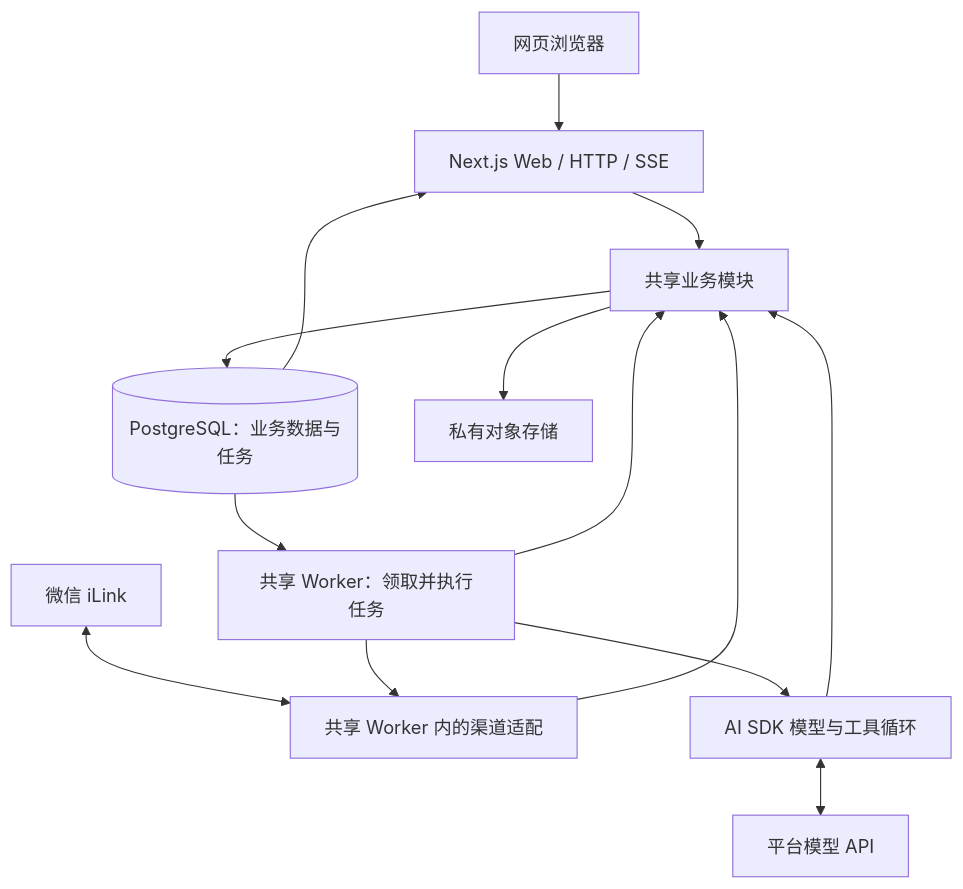
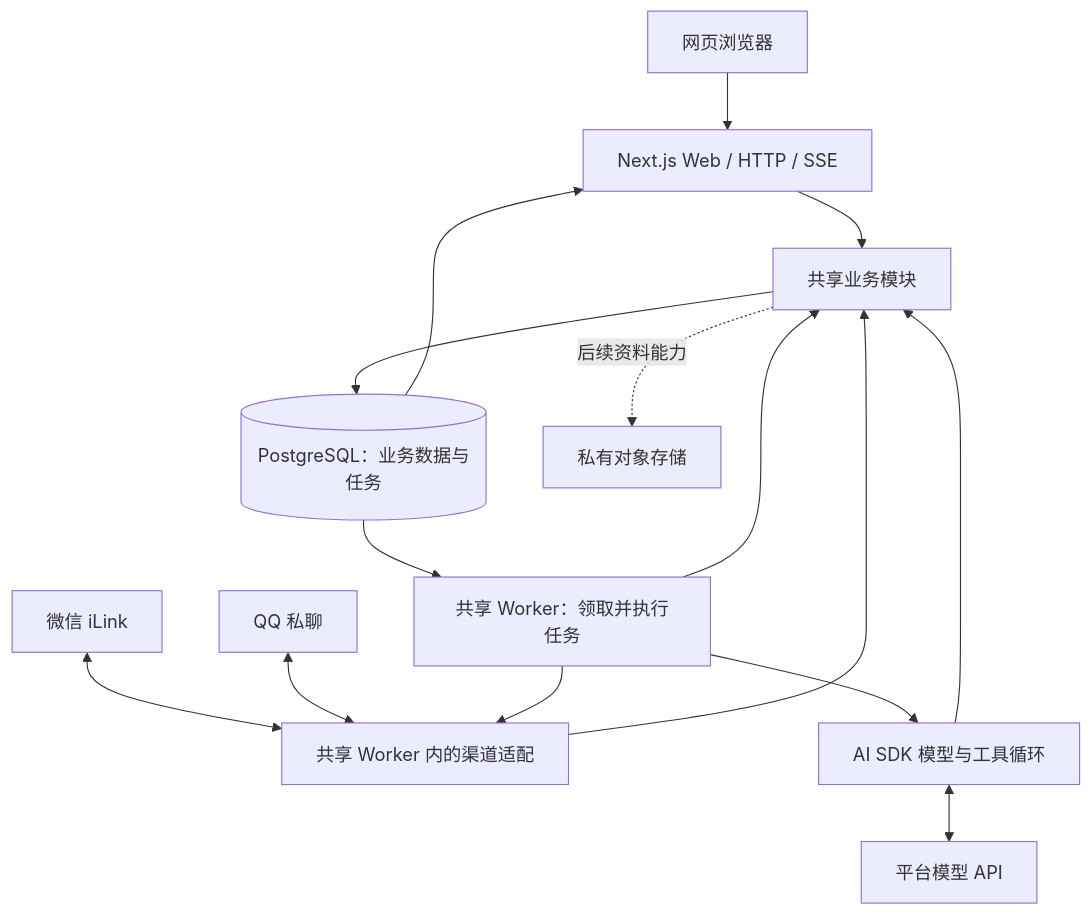
Before and after one commit to Jobo16/Cloud-Puffer: the diagram in docs/technical-selection.md, drawn with Mermaid. The commit also changed other lines of this file and 9 other files, not shown here.

````diff
--- a/docs/technical-selection.md
+++ b/docs/technical-selection.md
@@ -49,16 +65,17 @@
 ```mermaid
 flowchart TB
     Browser[网页浏览器] --> Web[Next.js Web / HTTP / SSE]
     Web --> Services[共享业务模块]
     Services --> PG[(PostgreSQL：业务数据与任务)]
     WX[微信 iLink] <--> Channel[共享 Worker 内的渠道适配]
+    QQ[QQ 私聊] <--> Channel
     Channel --> Services
     PG --> Worker[共享 Worker：领取并执行任务]
     Worker --> Agent[AI SDK 模型与工具循环]
     Agent --> Services
     Agent <--> Model[平台模型 API]
     Worker --> Services
     Worker --> Channel
-    Services --> Storage[私有对象存储]
+    Services -. 后续资料能力 .-> Storage[私有对象存储]
     PG --> Web
 ```
````
